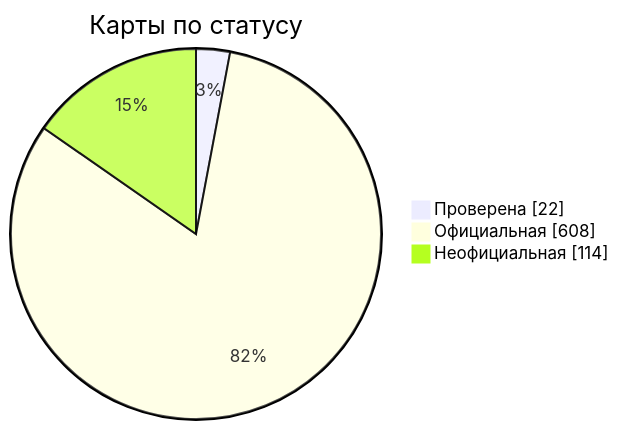
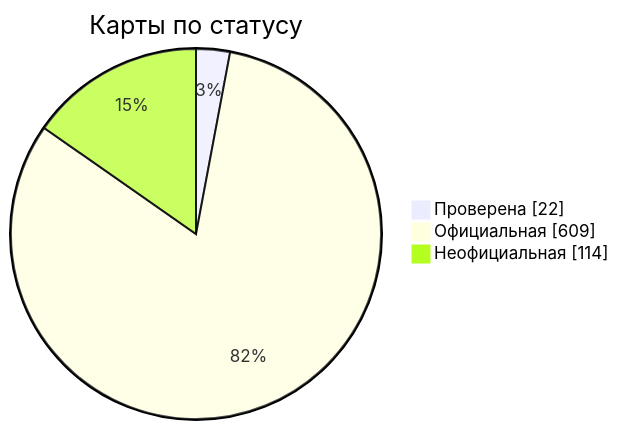
Before and after one commit to nobrega8/mbmap-library: the diagram in docs/readme/README_RU.md, drawn with Mermaid. The commit also changed 6 other files, not shown here.

````diff
--- a/docs/readme/README_RU.md
+++ b/docs/readme/README_RU.md
@@ -54,7 +54,7 @@
 ```mermaid
 pie showData
     title Карты по статусу
     "Проверена" : 22
-    "Официальная" : 608
+    "Официальная" : 609
     "Неофициальная" : 114
 ```
````
